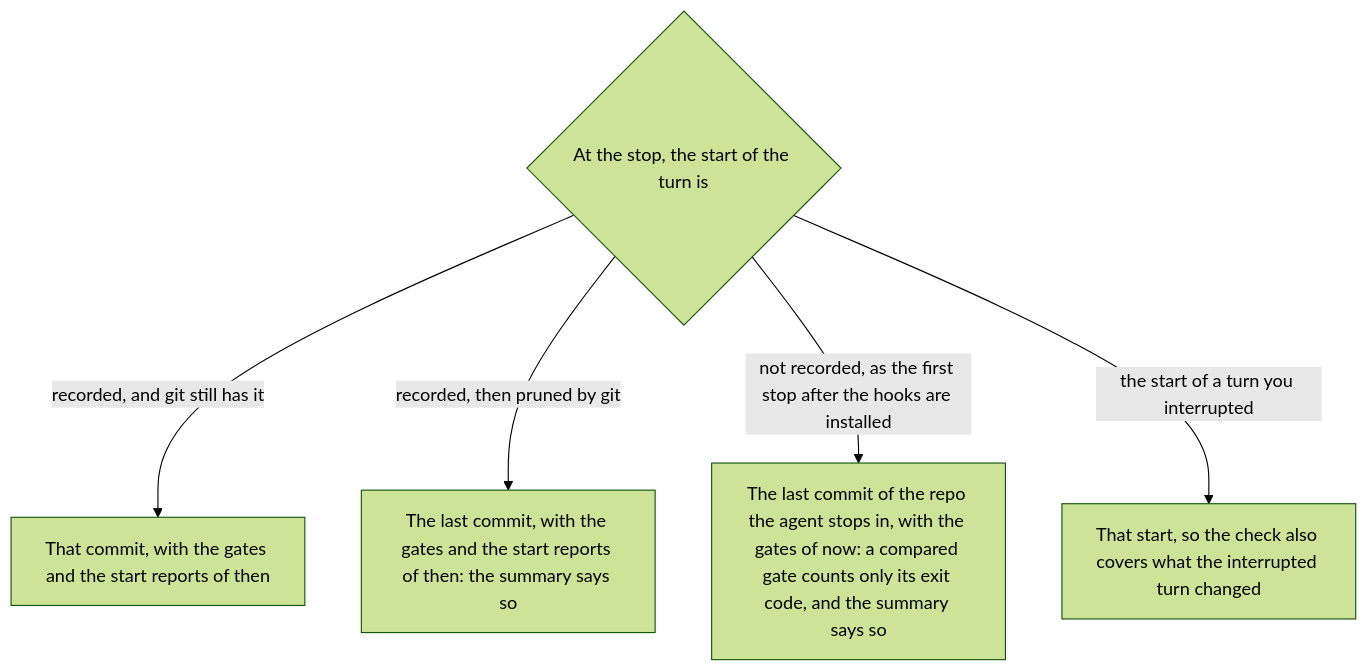
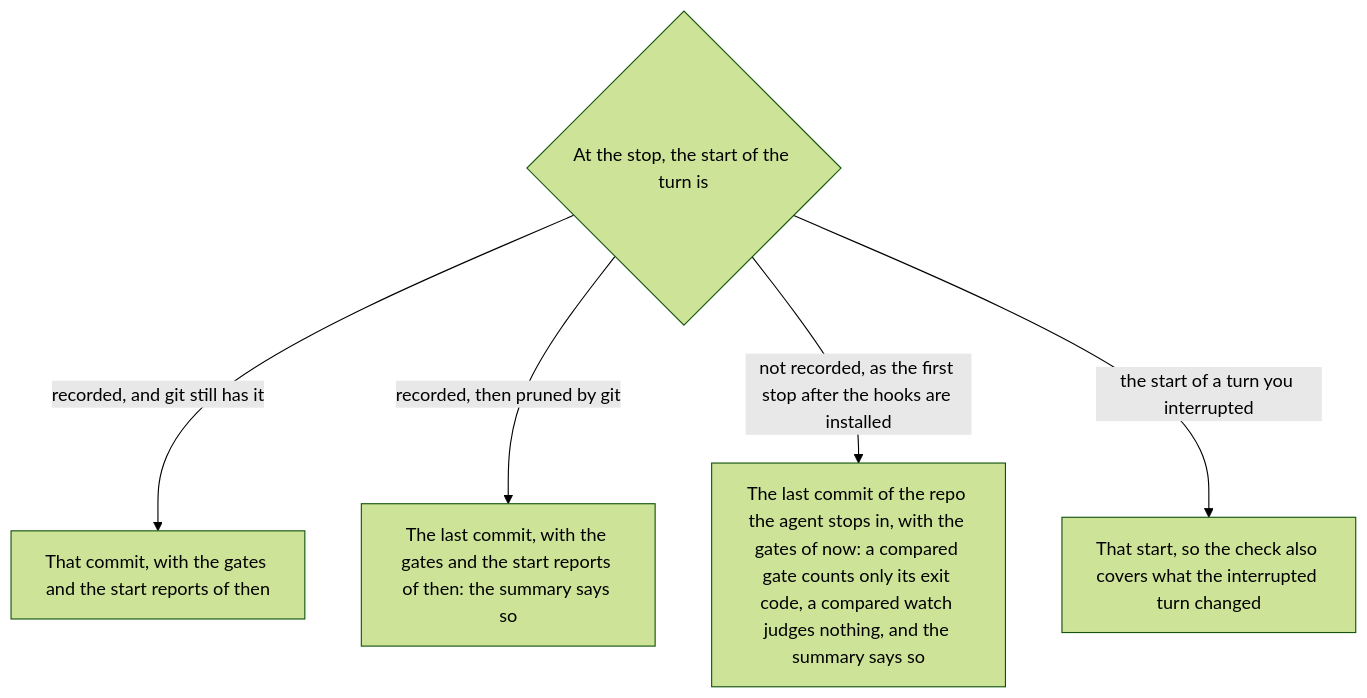
One commit to mopi1402/tayomi-deterministic-gates changed the second of 4 diagrams in docs/turn.md. Above: the diagram before and after it, drawn with Mermaid (forest theme). The commit also changed 17 other files, not shown here.

First line of the commit message:
Release 0.5.1: strict errors stay old after a watch's first compilation

````diff
--- a/docs/turn.md
+++ b/docs/turn.md
@@ -39,7 +39,7 @@
 ```mermaid
 flowchart TD
     stop{At the stop, the start of the turn is} -- recorded, and git still has it --> commit[That commit, with the gates and the start reports of then]
     stop -- recorded, then pruned by git --> pruned[The last commit, with the gates and the start reports of then: the summary says so]
-    stop -- not recorded, as the first stop after the hooks are installed --> none[The last commit of the repo the agent stops in, with the gates of now: a compared gate counts only its exit code, and the summary says so]
+    stop -- not recorded, as the first stop after the hooks are installed --> none[The last commit of the repo the agent stops in, with the gates of now: a compared gate counts only its exit code, a compared watch judges nothing, and the summary says so]
     stop -- the start of a turn you interrupted --> kept[That start, so the check also covers what the interrupted turn changed]
 ```
````
